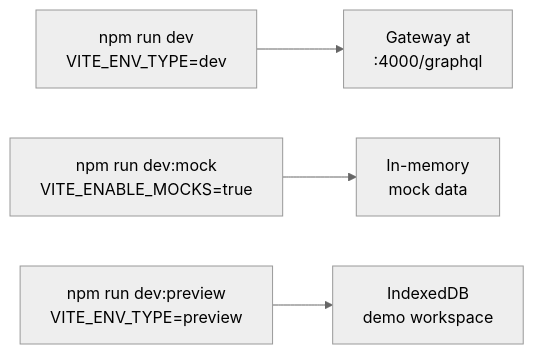
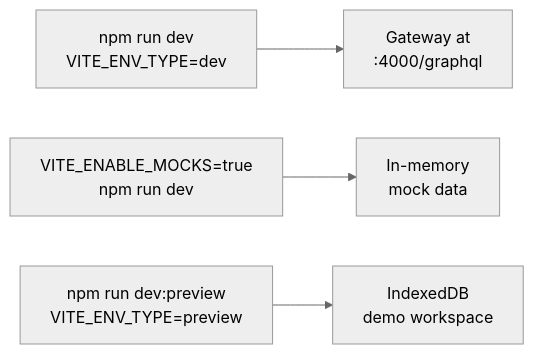
The diagram in frontend/docs/getting-started/quickstart.md (kunalPisolkar24/topos), drawn with Mermaid (neutral theme) before and after one commit. The commit also changed other lines of this file and 6 other files, not shown here.

Commit message:
Remove dev mock script and make target

````diff
--- a/frontend/docs/getting-started/quickstart.md
+++ b/frontend/docs/getting-started/quickstart.md
@@ -32,12 +32,12 @@
 ```mermaid
 flowchart LR
   DEV["npm run dev<br/>VITE_ENV_TYPE=dev"]
-  MOCK["npm run dev:mock<br/>VITE_ENABLE_MOCKS=true"]
+  MOCK["VITE_ENABLE_MOCKS=true<br/>npm run dev"]
   PREV["npm run dev:preview<br/>VITE_ENV_TYPE=preview"]
   GW["Gateway at<br/>:4000/graphql"]
   MEM["In-memory<br/>mock data"]
   IDB["IndexedDB<br/>demo workspace"]
   DEV --> GW
   MOCK --> MEM
   PREV --> IDB
 ```
````
